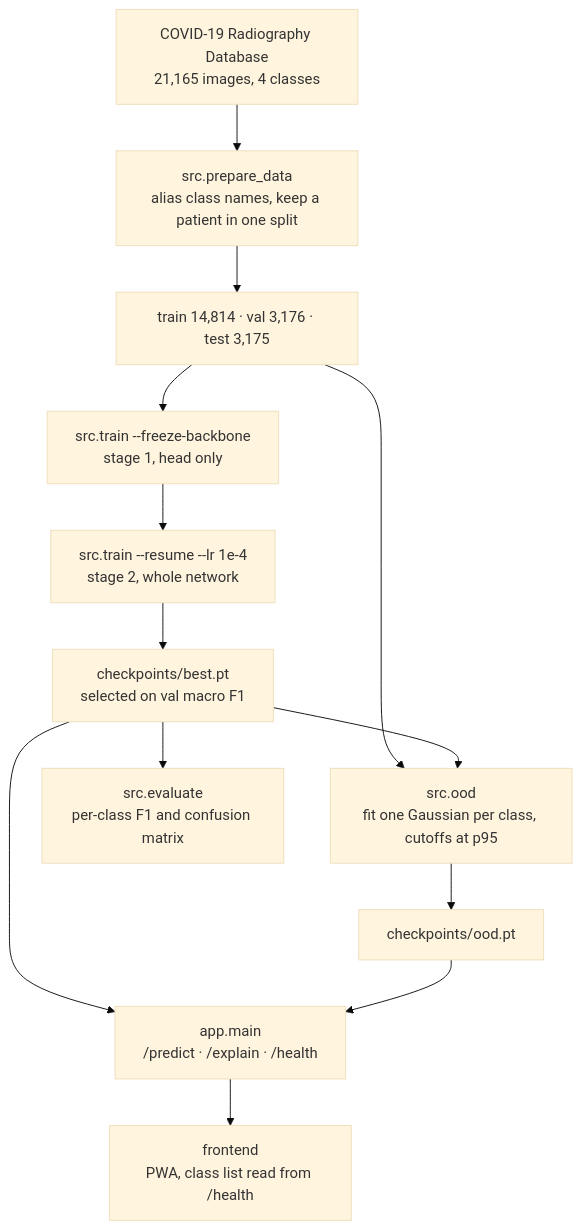
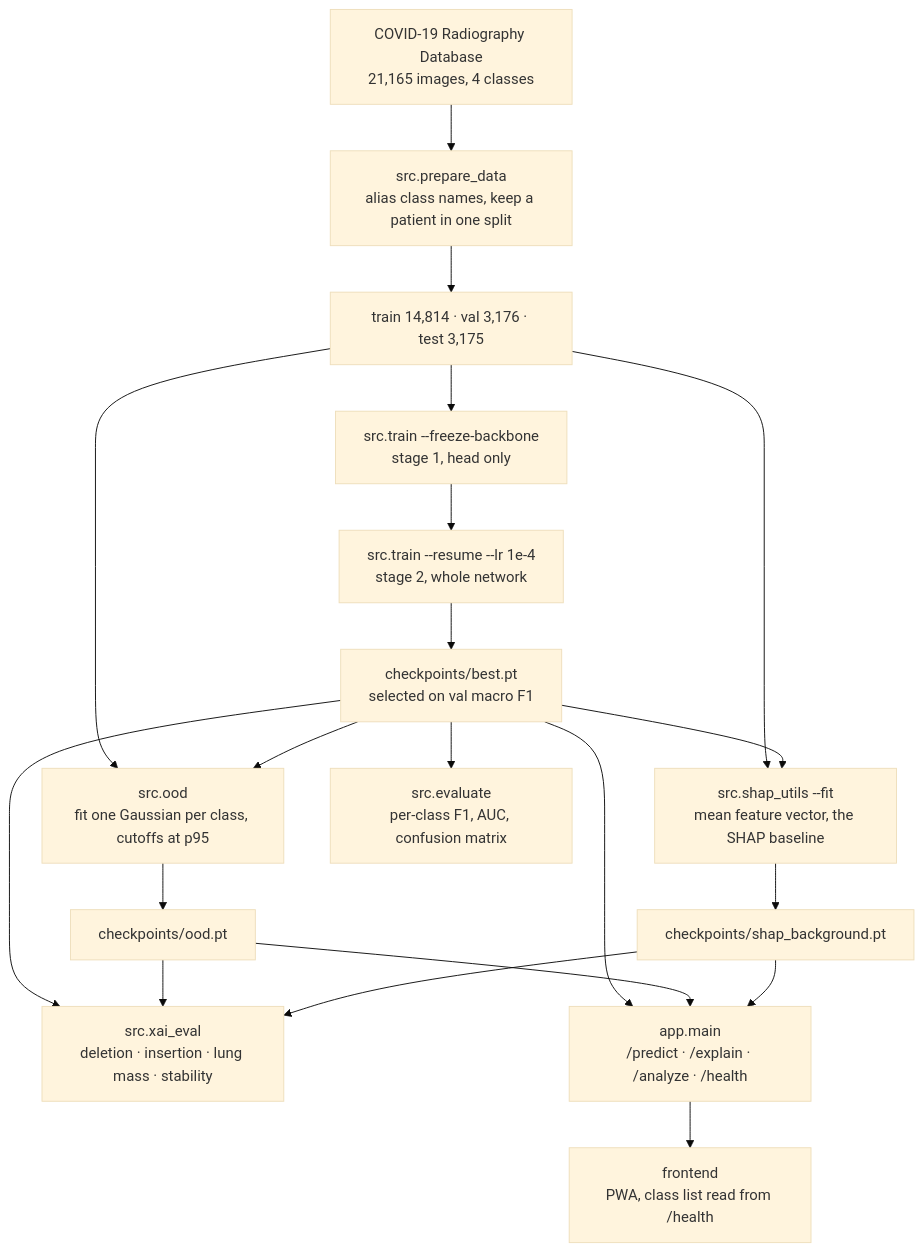
One commit to ardhendudebnath/chest-xray-classifier changed the first of 2 diagrams in README.md. Above: the diagram before and after it, drawn with Mermaid (base theme). The commit also changed other lines of this file and 12 other files, not shown here.

````diff
--- a/README.md
+++ b/README.md
@@ -52,16 +58,23 @@
 ```mermaid
 flowchart TD
     DL["COVID-19 Radiography Database<br/>21,165 images, 4 classes"]
     DL --> PD["src.prepare_data<br/>alias class names, keep a patient in one split"]
     PD --> SPLIT["train 14,814 · val 3,176 · test 3,175"]
     SPLIT --> T1["src.train --freeze-backbone<br/>stage 1, head only"]
     T1 --> T2["src.train --resume --lr 1e-4<br/>stage 2, whole network"]
     T2 --> CKPT["checkpoints/best.pt<br/>selected on val macro F1"]
     SPLIT --> OOD["src.ood<br/>fit one Gaussian per class, cutoffs at p95"]
     CKPT --> OOD
     OOD --> STATS["checkpoints/ood.pt"]
-    CKPT --> EV["src.evaluate<br/>per-class F1 and confusion matrix"]
-    CKPT --> API["app.main<br/>/predict · /explain · /health"]
+    SPLIT --> SH["src.shap_utils --fit<br/>mean feature vector, the SHAP baseline"]
+    CKPT --> SH
+    SH --> BG["checkpoints/shap_background.pt"]
+    CKPT --> EV["src.evaluate<br/>per-class F1, AUC, confusion matrix"]
+    CKPT --> XE["src.xai_eval<br/>deletion · insertion · lung mass · stability"]
+    STATS --> XE
+    BG --> XE
+    CKPT --> API["app.main<br/>/predict · /explain · /analyze · /health"]
     STATS --> API
+    BG --> API
     API --> FE["frontend<br/>PWA, class list read from /health"]
 ```
````
